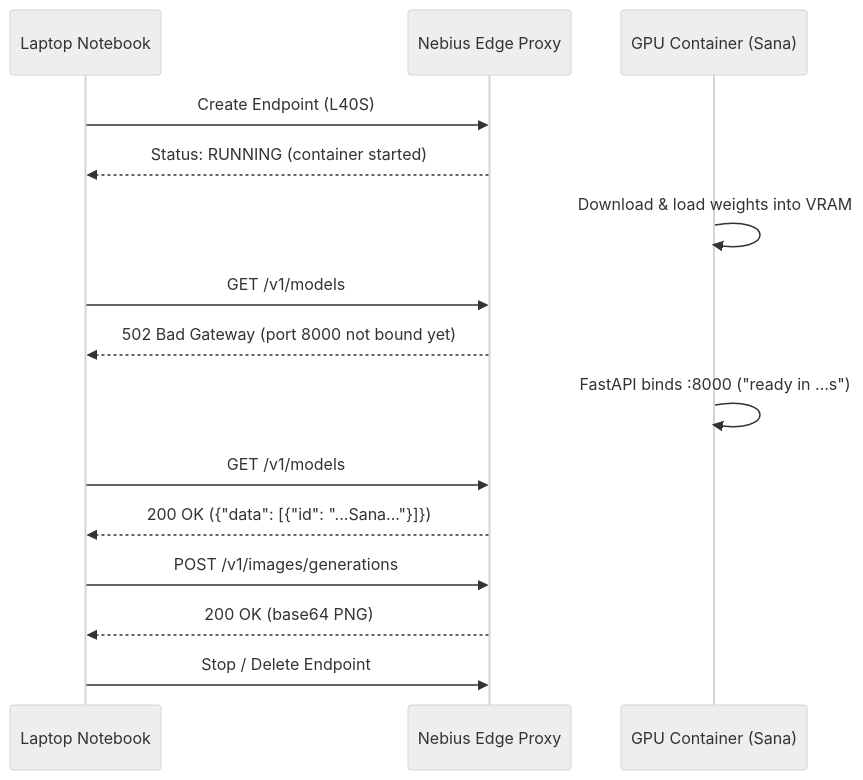
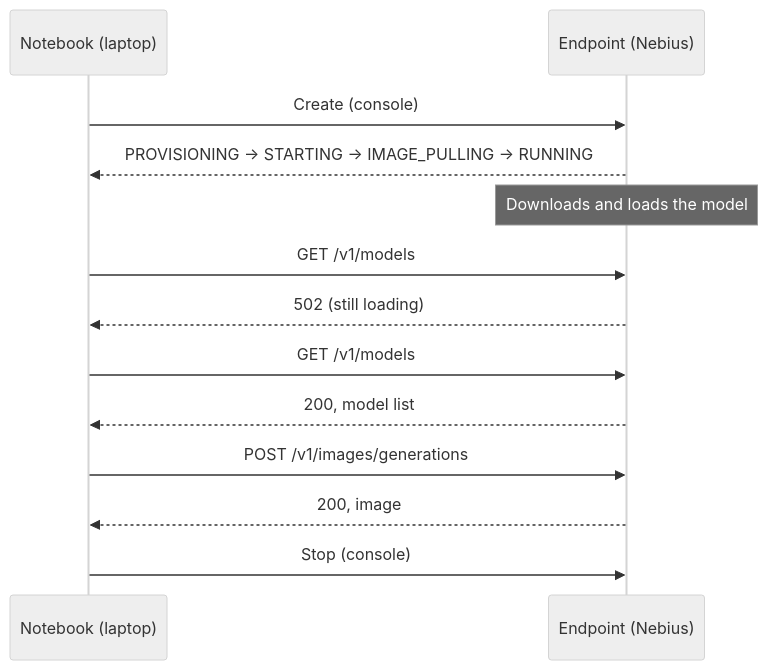
The diagram in 01-consistent-media-generation-on-serverless-gpus/02-first-generation.md (DataTalksClub/production-ai-agents-for-media-generation), drawn with Mermaid (neutral theme) before and after one commit. The commit also changed other lines of this file and 10 other files, not shown here.

First line of the commit message:
02-first-generation: call the Endpoint from a laptop notebook

````diff
--- a/01-consistent-media-generation-on-serverless-gpus/02-first-generation.md
+++ b/01-consistent-media-generation-on-serverless-gpus/02-first-generation.md
@@ -50,17 +52,15 @@
 ```mermaid
 sequenceDiagram
-    participant Laptop as Laptop Notebook
-    participant Gateway as Nebius Edge Proxy
-    participant Container as GPU Container (Sana)
-    Laptop->>Gateway: Create Endpoint (L40S)
-    Gateway-->>Laptop: Status: RUNNING (container started)
-    Container->>Container: Download & load weights into VRAM
-    Laptop->>Gateway: GET /v1/models
-    Gateway-->>Laptop: 502 Bad Gateway (port 8000 not bound yet)
-    Container->>Container: FastAPI binds :8000 ("ready in ...s")
-    Laptop->>Gateway: GET /v1/models
-    Gateway-->>Laptop: 200 OK ({"data": [{"id": "...Sana..."}]})
-    Laptop->>Gateway: POST /v1/images/generations
-    Gateway-->>Laptop: 200 OK (base64 PNG)
-    Laptop->>Gateway: Stop / Delete Endpoint
+    participant NB as Notebook (laptop)
+    participant EP as Endpoint (Nebius)
+    NB->>EP: Create (console)
+    EP-->>NB: PROVISIONING → STARTING → IMAGE_PULLING → RUNNING
+    Note over EP: Downloads and loads the model
+    NB->>EP: GET /v1/models
+    EP-->>NB: 502 (still loading)
+    NB->>EP: GET /v1/models
+    EP-->>NB: 200, model list
+    NB->>EP: POST /v1/images/generations
+    EP-->>NB: 200, image
+    NB->>EP: Stop (console)
 ```
````
